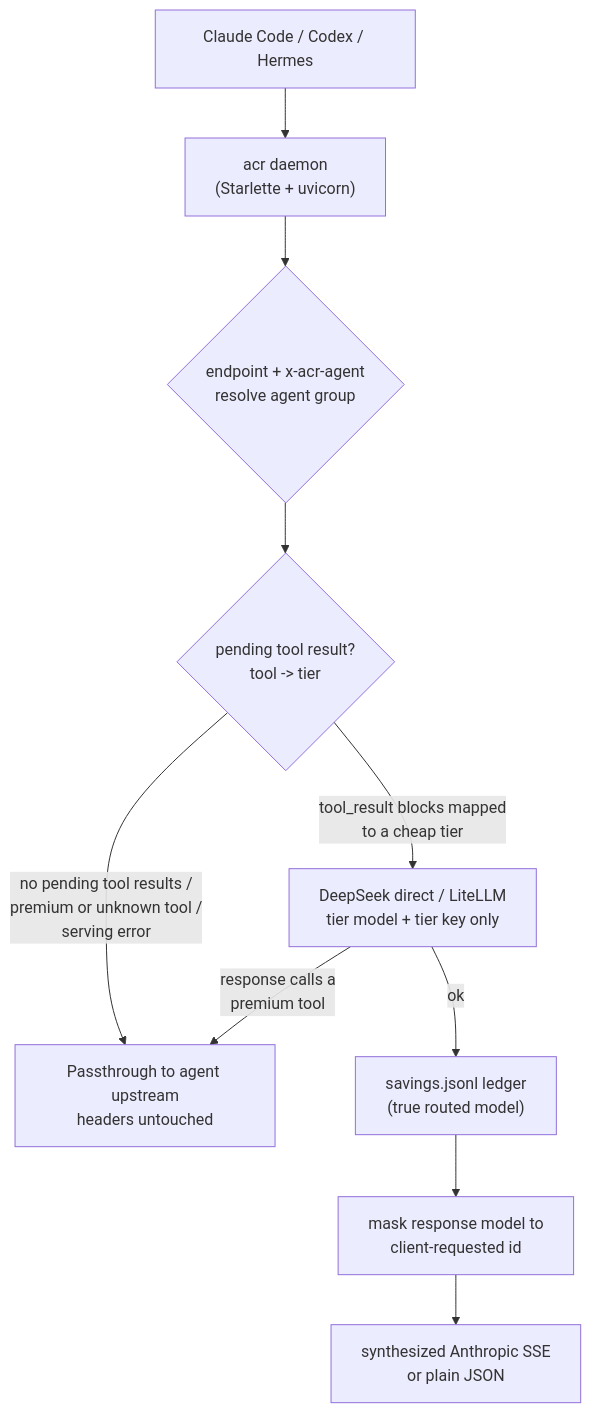
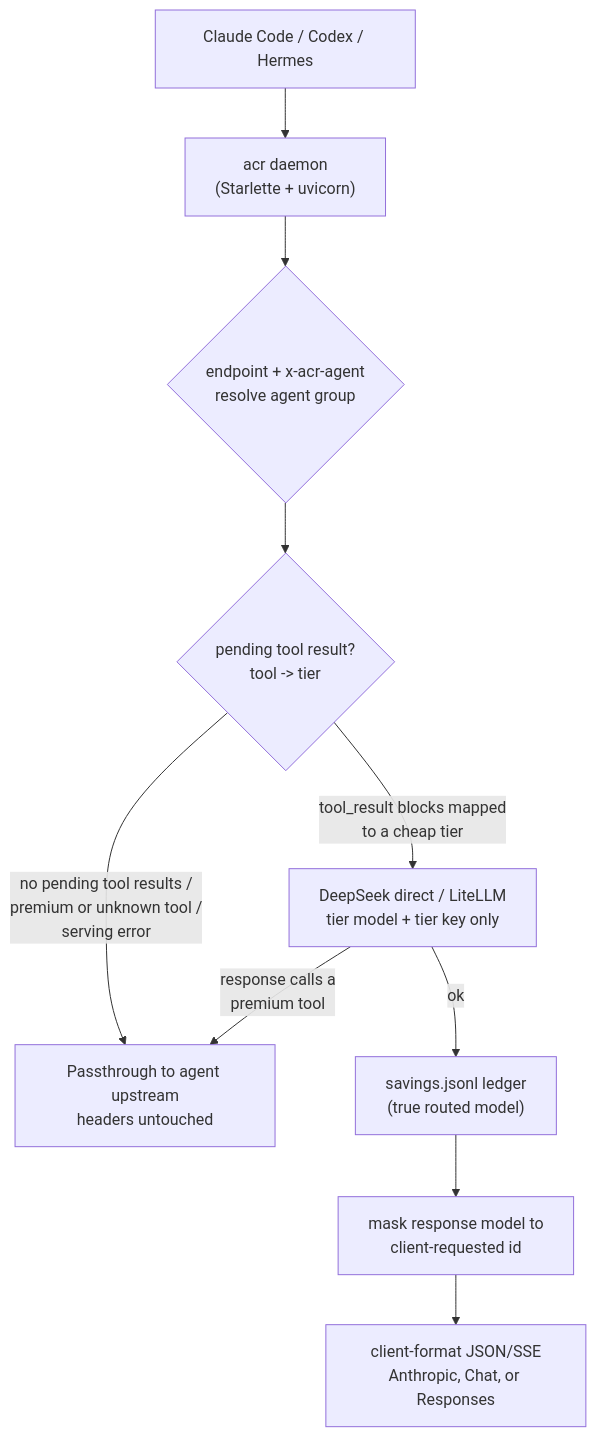
One commit to MaheshKok/ai-calls-router changed the diagram in README.md. Above: the diagram before and after it, drawn with Mermaid. The commit also changed other lines of this file, not shown here.

````diff
--- a/README.md
+++ b/README.md
@@ -27,12 +48,12 @@
 ```mermaid
 flowchart TD
     CLIENT["Claude Code / Codex / Hermes"] --> SRV["acr daemon<br/>(Starlette + uvicorn)"]
     SRV --> ID{"endpoint + x-acr-agent<br/>resolve agent group"}
     ID --> DEC{"pending tool result?<br/>tool -> tier"}
     DEC -- "no pending tool results /<br/>premium or unknown tool /<br/>serving error" --> PASS["Passthrough to agent upstream<br/>headers untouched"]
     DEC -- "tool_result blocks mapped<br/>to a cheap tier" --> ROUTE["DeepSeek direct / LiteLLM<br/>tier model + tier key only"]
     ROUTE -- "response calls a<br/>premium tool" --> PASS
     ROUTE -- ok --> ACCT["savings.jsonl ledger<br/>(true routed model)"]
     ACCT --> MASK["mask response model to<br/>client-requested id"]
-    MASK --> OUT["synthesized Anthropic SSE<br/>or plain JSON"]
+    MASK --> OUT["client-format JSON/SSE<br/>Anthropic, Chat, or Responses"]
 ```
````
